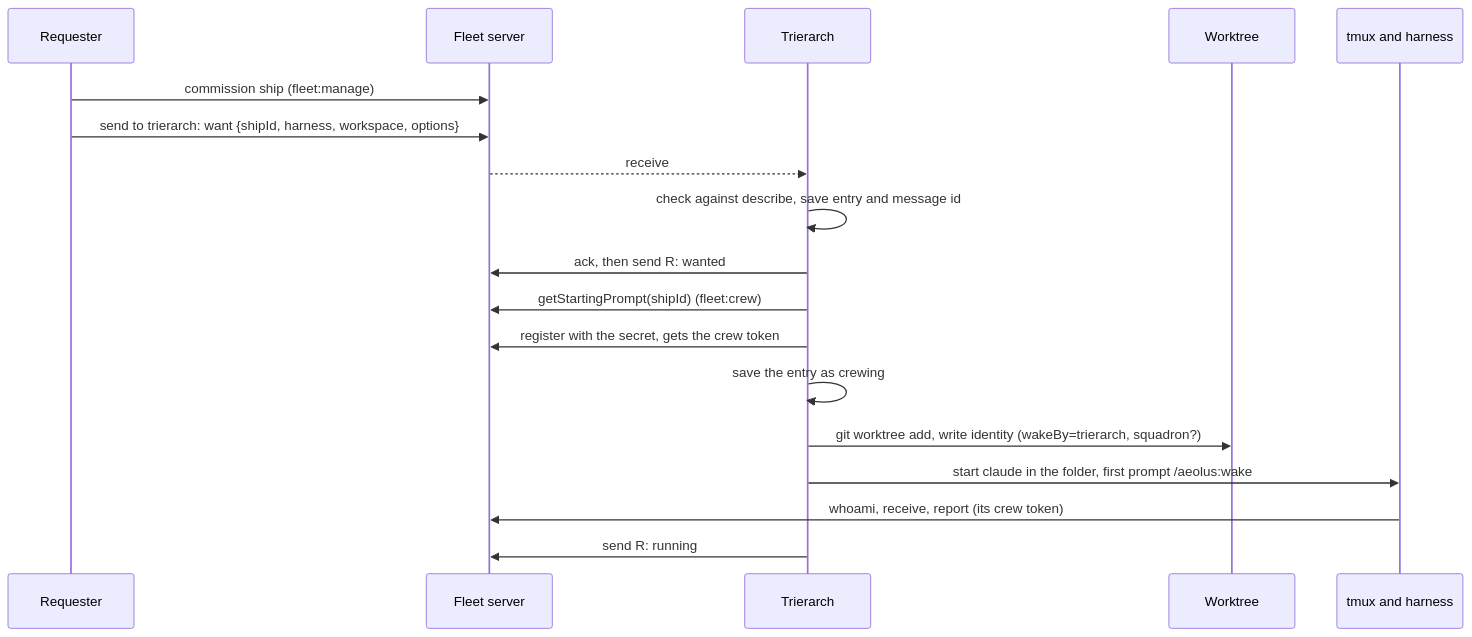
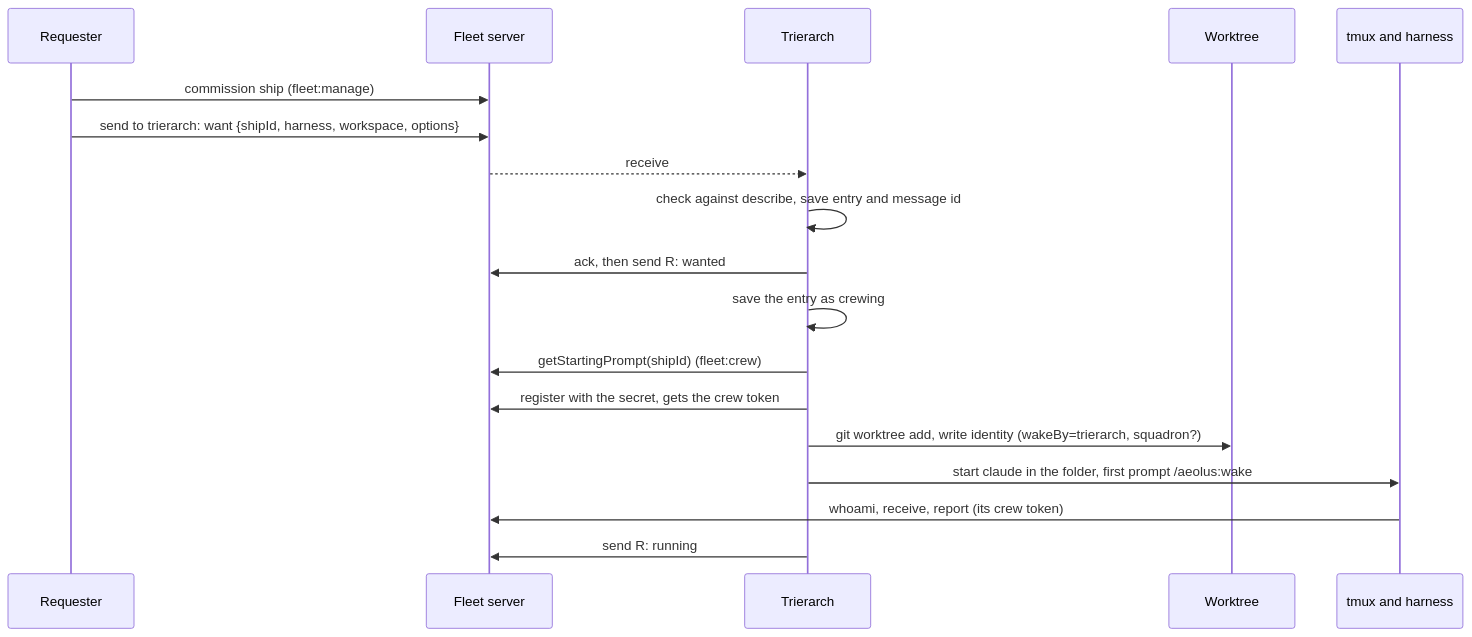
Before and after one commit to ThomasHendrickx/aeolus-fleet: the second of 5 diagrams in docs/architecture.md, drawn with Mermaid. The commit also changed other lines of this file and 1 other file, not shown here.

First line of the commit message:
docs: an example of each trierarch message, and the entry saved as crewing before the starting prompt in the sequence

````diff
--- a/docs/architecture.md
+++ b/docs/architecture.md
@@ -224,20 +224,20 @@
 ```mermaid
 sequenceDiagram
   participant R as Requester
   participant F as Fleet server
   participant T as Trierarch
   participant W as Worktree
   participant X as tmux and harness
   R->>F: commission ship (fleet:manage)
   R->>F: send to trierarch: want {shipId, harness, workspace, options}
   F-->>T: receive
   T->>T: check against describe, save entry and message id
   T->>F: ack, then send R: wanted
+  T->>T: save the entry as crewing
   T->>F: getStartingPrompt(shipId) (fleet:crew)
   T->>F: register with the secret, gets the crew token
-  T->>T: save the entry as crewing
   T->>W: git worktree add, write identity (wakeBy=trierarch, squadron?)
   T->>X: start claude in the folder, first prompt /aeolus:wake
   X->>F: whoami, receive, report (its crew token)
   T->>F: send R: running
 ```
````
